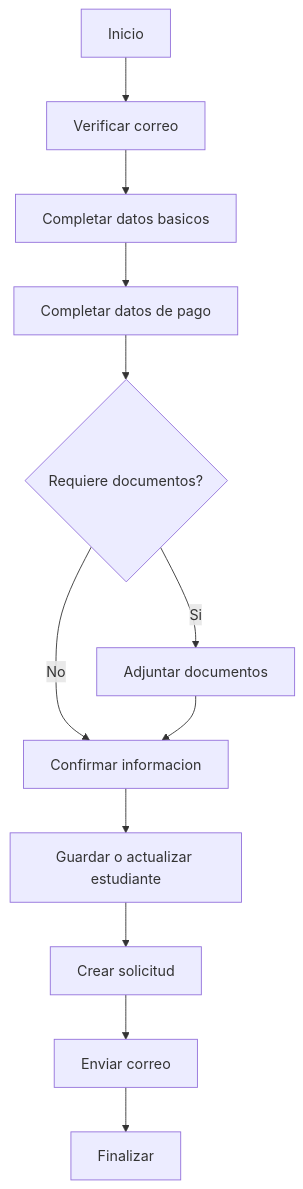
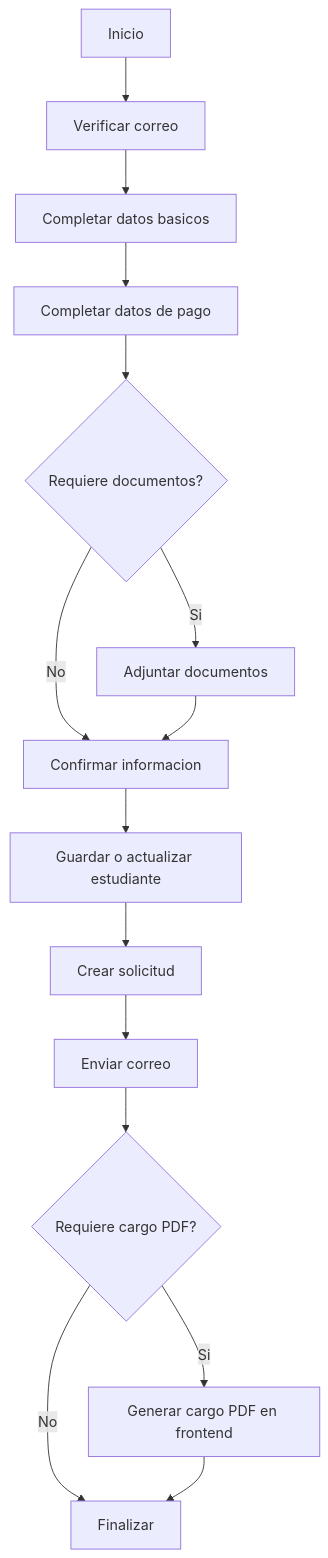
One commit to luismiguelgs/ciunac-sol-1.3 changed the second of 3 diagrams in docs/requirements/use-cases/index.md. Above: the diagram before and after it, drawn with Mermaid. The commit also changed other lines of this file and 34 other files, not shown here.

````diff
--- a/docs/requirements/use-cases/index.md
+++ b/docs/requirements/use-cases/index.md
@@ -38,14 +41,17 @@
 ```mermaid
 flowchart TD
     Start["Inicio"] --> Email["Verificar correo"]
     Email --> Basic["Completar datos basicos"]
     Basic --> Payment["Completar datos de pago"]
     Payment --> Docs{"Requiere documentos?"}
     Docs -->|Si| Upload["Adjuntar documentos"]
     Docs -->|No| Confirm["Confirmar informacion"]
     Upload --> Confirm
     Confirm --> SaveStudent["Guardar o actualizar estudiante"]
     SaveStudent --> SaveRequest["Crear solicitud"]
     SaveRequest --> Notify["Enviar correo"]
-    Notify --> Finish["Finalizar"]
+    Notify --> Pdf{"Requiere cargo PDF?"}
+    Pdf -->|Si| Cargo["Generar cargo PDF en frontend"]
+    Pdf -->|No| Finish["Finalizar"]
+    Cargo --> Finish
 ```
````
